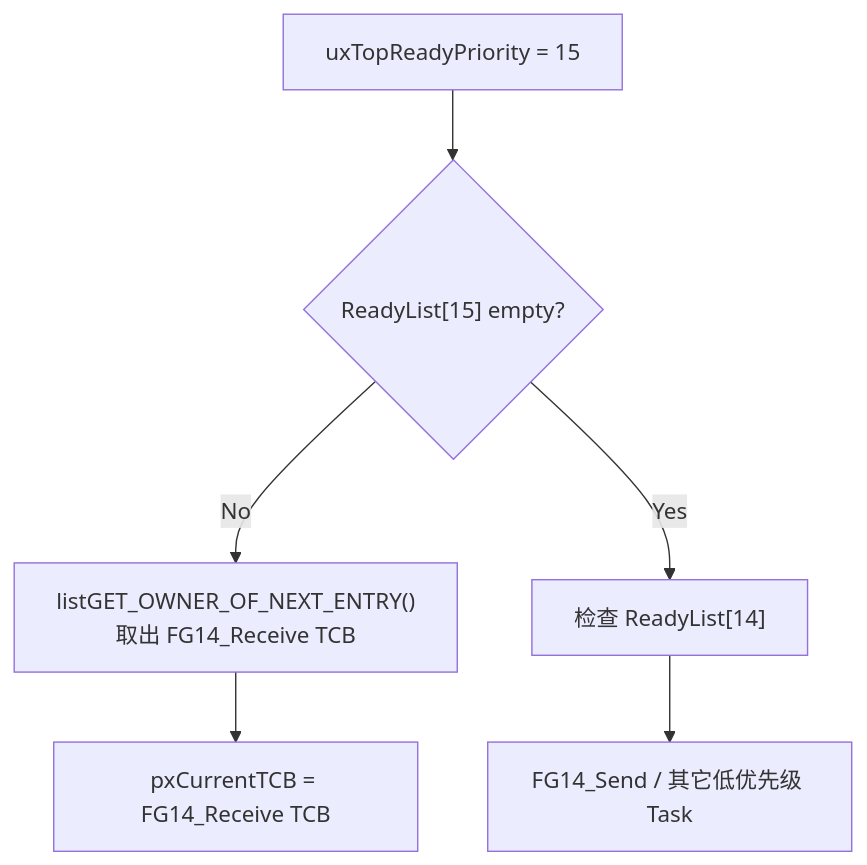
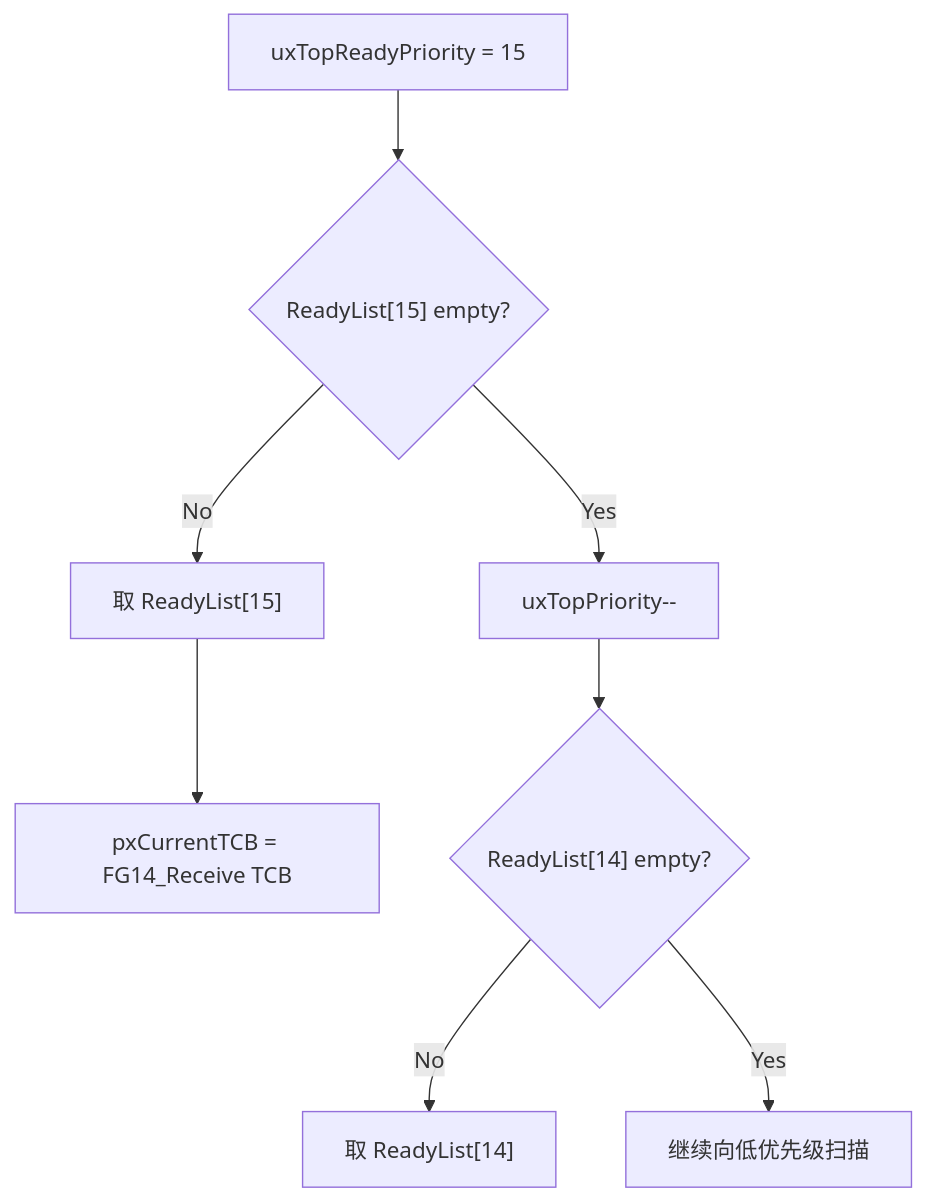
Before and after one commit to redamacy/embedded-system-notes: the sixth of 9 diagrams in RTOS/003_FreeRTOS_Scheduler_ReadyList_Deep_Dive.md, drawn with Mermaid. The commit also changed other lines of this file, not shown here.

````diff
--- a/RTOS/003_FreeRTOS_Scheduler_ReadyList_Deep_Dive.md
+++ b/RTOS/003_FreeRTOS_Scheduler_ReadyList_Deep_Dive.md
@@ -775,9 +812,11 @@
 ```mermaid
 flowchart TD
     A["uxTopReadyPriority = 15"] --> B{"ReadyList[15] empty?"}
-    B -- "No" --> C["listGET_OWNER_OF_NEXT_ENTRY()<br/>取出 FG14_Receive TCB"]
+    B -- "No" --> C["取 ReadyList[15]"]
     C --> D["pxCurrentTCB = FG14_Receive TCB"]
 
-    B -- "Yes" --> E["检查 ReadyList[14]"]
-    E --> F["FG14_Send / 其它低优先级 Task"]
+    B -- "Yes" --> E["uxTopPriority--"]
+    E --> F{"ReadyList[14] empty?"}
+    F -- "No" --> G["取 ReadyList[14]"]
+    F -- "Yes" --> H["继续向低优先级扫描"]
 ```
````
